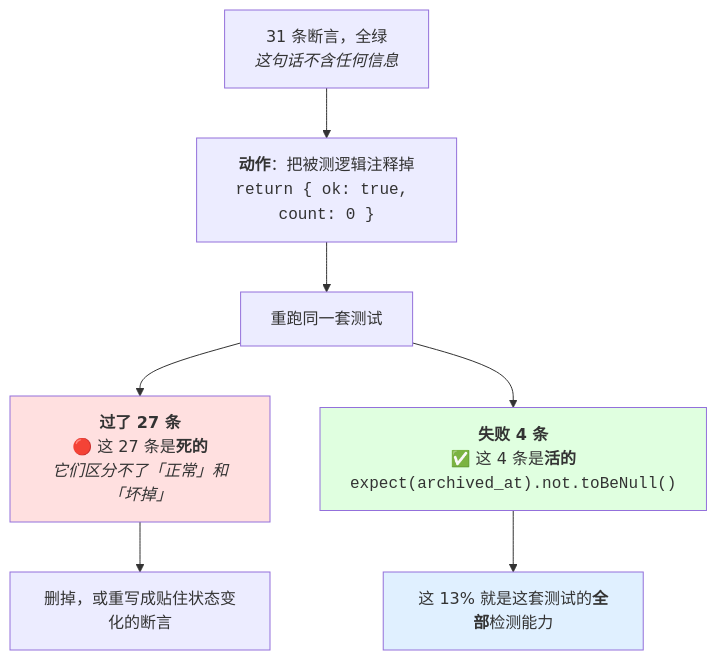
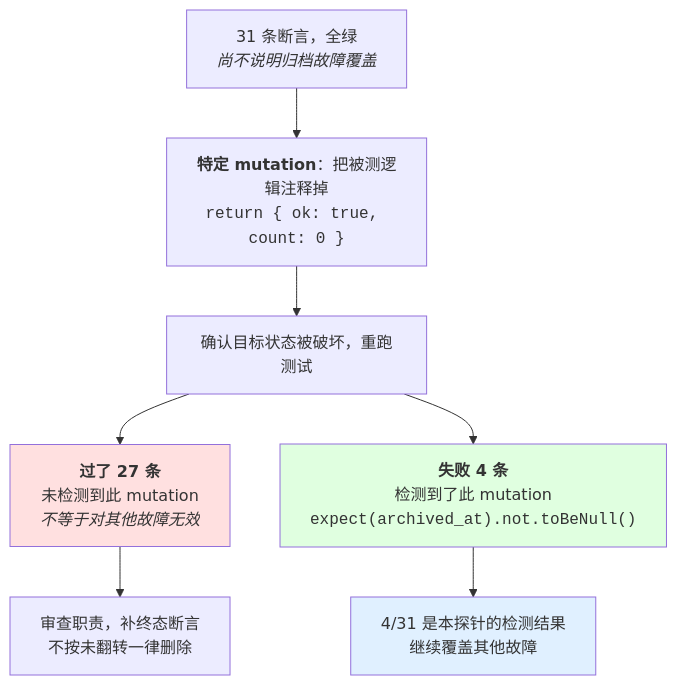
Before and after one commit to didadila/ai-agent-handbook: the third of 10 diagrams in handbook/ai-agent/06-评估.md, drawn with Mermaid. The commit also changed other lines of this file and 211 other files, not shown here.

````diff
--- a/handbook/ai-agent/06-评估.md
+++ b/handbook/ai-agent/06-评估.md
@@ -268,15 +301,15 @@
 ```mermaid
 flowchart TB
-    S["31 条断言，全绿<br/><i>这句话不含任何信息</i>"] --> M["<b>动作</b>：把被测逻辑注释掉<br/><code>return { ok: true, count: 0 }</code>"]
-    M --> RUN["重跑同一套测试"]
+    S["31 条断言，全绿<br/><i>尚不说明归档故障覆盖</i>"] --> M["<b>特定 mutation</b>：把被测逻辑注释掉<br/><code>return { ok: true, count: 0 }</code>"]
+    M --> RUN["确认目标状态被破坏，重跑测试"]
 
-    RUN --> D["<b>过了 27 条</b><br/>🔴 这 27 条是<b>死的</b><br/><i>它们区分不了「正常」和「坏掉」</i>"]
-    RUN --> L["<b>失败 4 条</b><br/>✅ 这 4 条是<b>活的</b><br/><code>expect(archived_at).not.toBeNull()</code>"]
+    RUN --> D["<b>过了 27 条</b><br/>未检测到此 mutation<br/><i>不等于对其他故障无效</i>"]
+    RUN --> L["<b>失败 4 条</b><br/>检测到了此 mutation<br/><code>expect(archived_at).not.toBeNull()</code>"]
 
-    D --> ACT["删掉，或重写成贴住状态变化的断言"]
-    L --> KEEP["这 13% 就是这套测试的<b>全部</b>检测能力"]
+    D --> ACT["审查职责，补终态断言<br/>不按未翻转一律删除"]
+    L --> KEEP["4/31 是本探针的检测结果<br/>继续覆盖其他故障"]
 
     style D fill:#ffe0e0
     style L fill:#e0ffe0
     style KEEP fill:#e0f0ff
 ```
````
